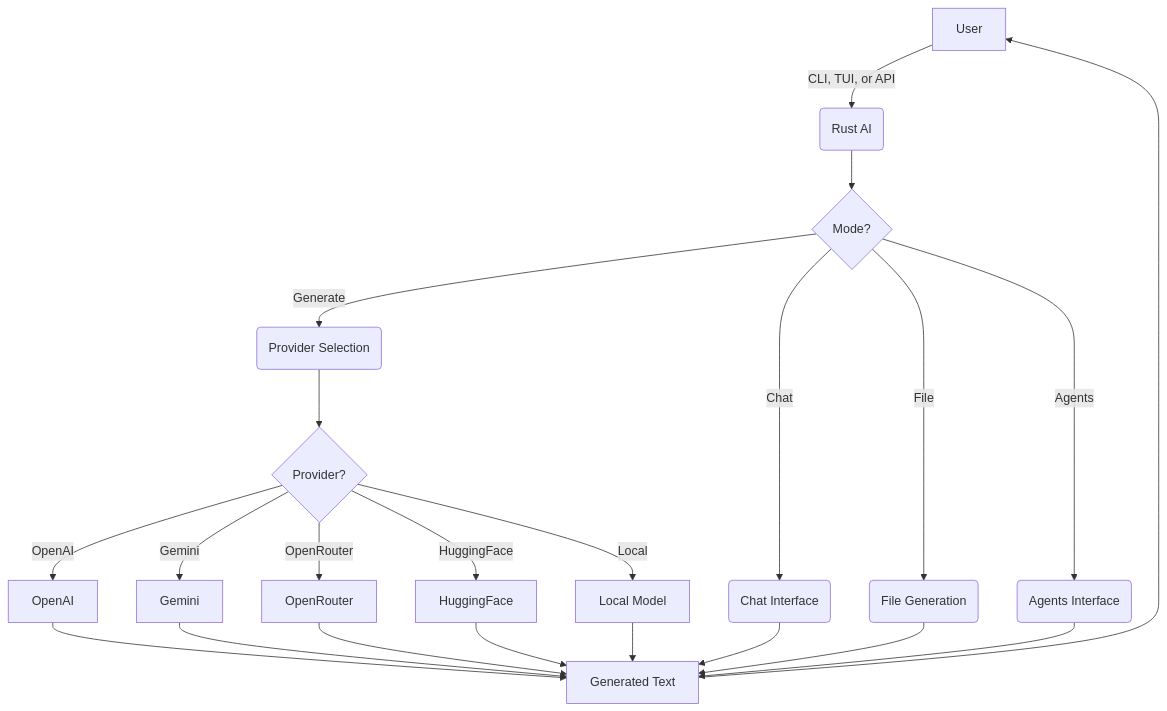
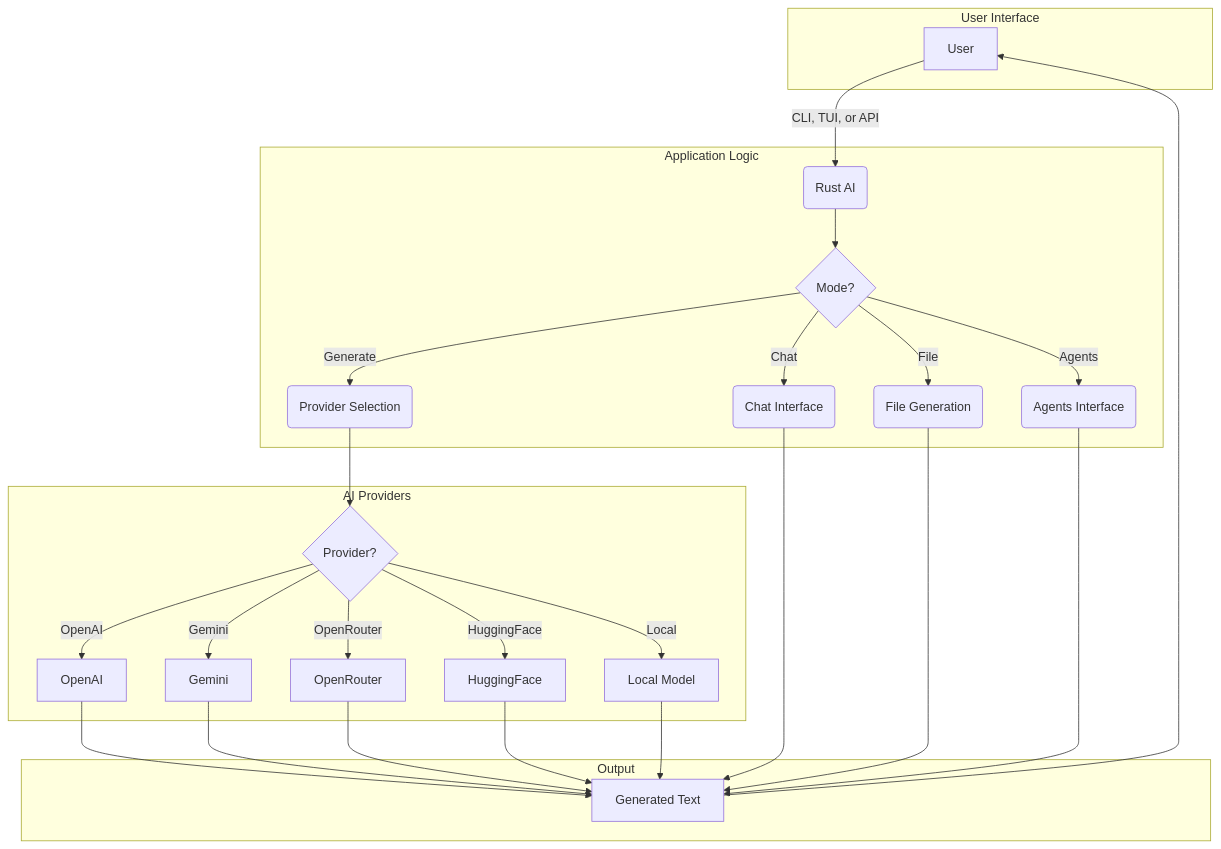
Before and after one commit to Ammar-Alnagar/RustaceanAI: the first of 3 diagrams in rust_ai/README.md, drawn with Mermaid. The commit also changed other lines of this file, not shown here.

Commit message:
feat: Add TUI, chat, file generation, and agents mode
- I added a TUI with chat and file generation features.
- I added a placeholder for the agents mode.
- I updated the README.md file with new features and a more detailed flowchart.
- I added 'Design and Architecture', 'Usage', and 'Development' sections to the README.md file.

````diff
--- a/rust_ai/README.md
+++ b/rust_ai/README.md
@@ -49,24 +65,50 @@
 ```mermaid
 graph TD
-    A[User] -->|CLI, TUI, or API| B(Rust AI)
-    B --> C{Mode?}
-    C -->|Generate| D(Provider Selection)
-    C -->|Chat| E(Chat Interface)
-    C -->|File| F(File Generation)
-    C -->|Agents| G(Agents Interface)
-    D --> H{Provider?}
-    H -->|OpenAI| I[OpenAI]
-    H -->|Gemini| J[Gemini]
-    H -->|OpenRouter| K[OpenRouter]
-    H -->|HuggingFace| L[HuggingFace]
-    H -->|Local| M[Local Model]
-    I --> N[Generated Text]
+    subgraph User Interface
+        A[User]
+    end
+
+    subgraph Application Logic
+        B(Rust AI)
+        C{Mode?}
+        D(Provider Selection)
+        E(Chat Interface)
+        F(File Generation)
+        G(Agents Interface)
+    end
+
+    subgraph AI Providers
+        H{Provider?}
+        I[OpenAI]
+        J[Gemini]
+        K[OpenRouter]
+        L[HuggingFace]
+        M[Local Model]
+    end
+
+    subgraph Output
+        N[Generated Text]
+    end
+
+    A -->|CLI, TUI, or API| B
+    B --> C
+    C -->|Generate| D
+    C -->|Chat| E
+    C -->|File| F
+    C -->|Agents| G
+    D --> H
+    H -->|OpenAI| I
+    H -->|Gemini| J
+    H -->|OpenRouter| K
+    H -->|HuggingFace| L
+    H -->|Local| M
+    I --> N
     J --> N
     K --> N
     L --> N
     M --> N
     E --> N
     F --> N
     G --> N
     N --> A
 ```
````
